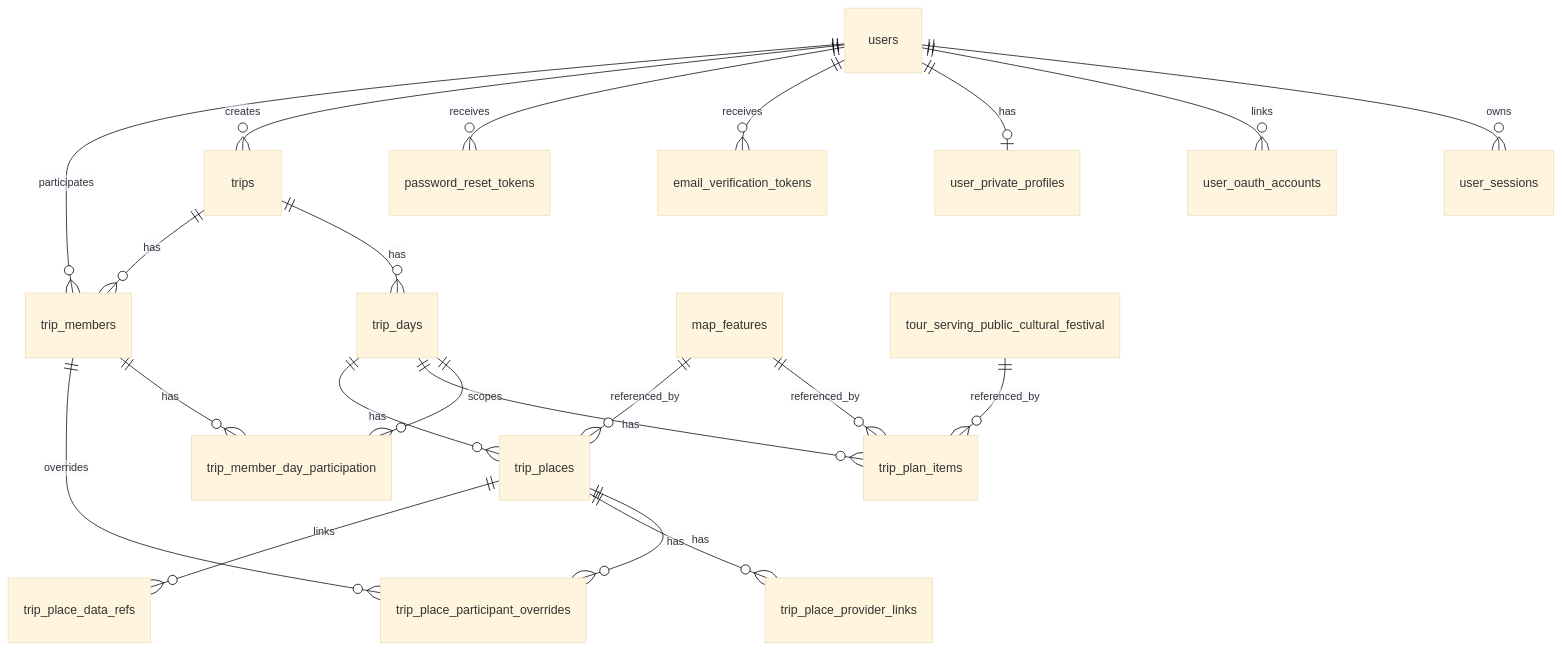
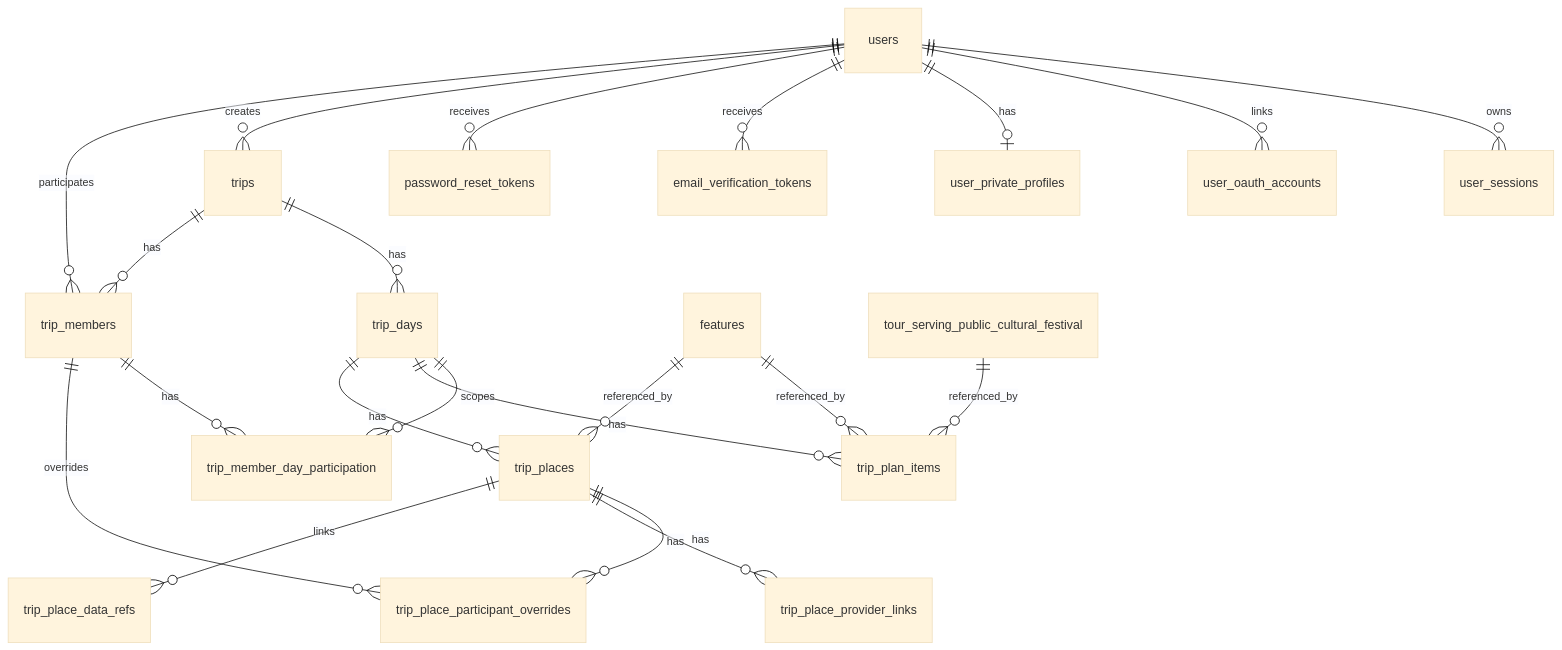
The diagram in docs/architecture/user-trip-schema.md (digitie/pinvi), drawn with Mermaid (base theme) before and after one commit. The commit also changed other lines of this file and 17 other files, not shown here.

````diff
--- a/docs/architecture/user-trip-schema.md
+++ b/docs/architecture/user-trip-schema.md
@@ -42,23 +42,23 @@
 ```mermaid
 erDiagram
   users ||--o{ user_sessions : owns
   users ||--o{ user_oauth_accounts : links
   users ||--o| user_private_profiles : has
   users ||--o{ email_verification_tokens : receives
   users ||--o{ password_reset_tokens : receives
   users ||--o{ trips : creates
   users ||--o{ trip_members : participates
   trips ||--o{ trip_days : has
   trips ||--o{ trip_members : has
   trip_days ||--o{ trip_member_day_participation : scopes
   trip_members ||--o{ trip_member_day_participation : has
   trip_days ||--o{ trip_plan_items : has
-  map_features ||--o{ trip_plan_items : referenced_by
+  features ||--o{ trip_plan_items : referenced_by
   tour_serving_public_cultural_festival ||--o{ trip_plan_items : referenced_by
   trip_days ||--o{ trip_places : has
-  map_features ||--o{ trip_places : referenced_by
+  features ||--o{ trip_places : referenced_by
   trip_places ||--o{ trip_place_participant_overrides : has
   trip_members ||--o{ trip_place_participant_overrides : overrides
   trip_places ||--o{ trip_place_provider_links : has
   trip_places ||--o{ trip_place_data_refs : links
 ```
````
